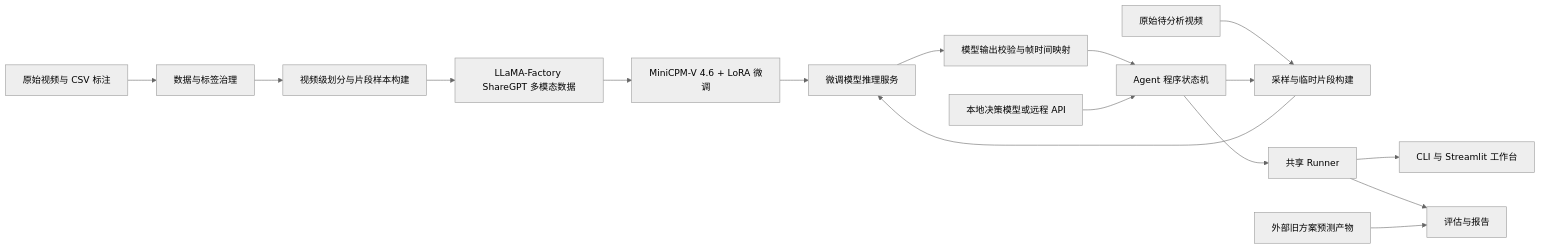
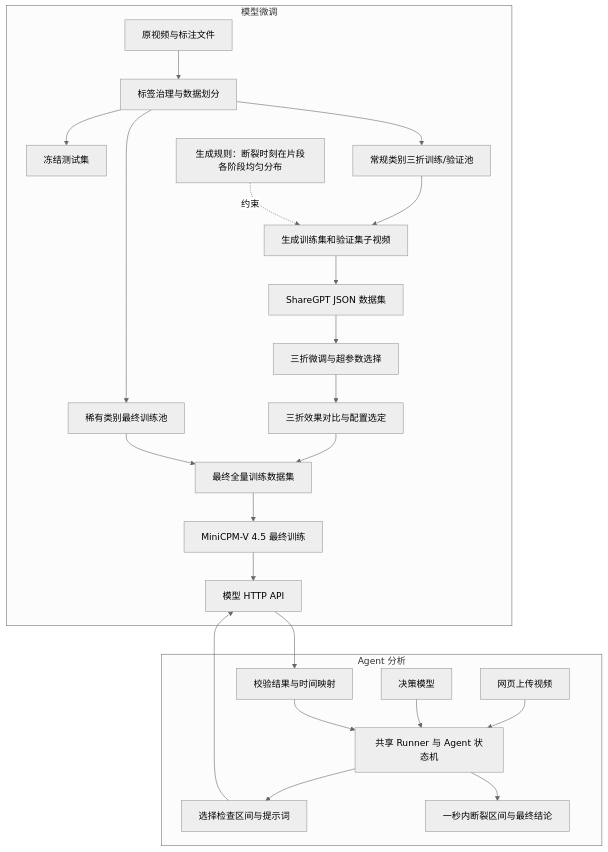
The diagram in docs/PROJECT_PLAN.md (PcOffeeP/mVllm_2), drawn with Mermaid (neutral theme) before and after one commit. The commit also changed other lines of this file and 6 other files, not shown here.

````diff
--- a/docs/PROJECT_PLAN.md
+++ b/docs/PROJECT_PLAN.md
@@ -38,18 +42,28 @@
 ```mermaid
-flowchart LR
-    A["原始视频与 CSV 标注"] --> B["数据与标签治理"]
-    B --> C["视频级划分与片段样本构建"]
-    C --> D["LLaMA-Factory ShareGPT 多模态数据"]
-    D --> E["MiniCPM-V 4.6 + LoRA 微调"]
-    E --> F["微调模型推理服务"]
-    G["原始待分析视频"] --> H["采样与临时片段构建"]
-    H --> F
-    F --> I["模型输出校验与帧时间映射"]
-    I --> J["Agent 程序状态机"]
-    K["本地决策模型或远程 API"] --> J
-    J --> H
-    J --> L["共享 Runner"]
-    L --> M["CLI 与 Streamlit 工作台"]
-    L --> N["评估与报告"]
-    O["外部旧方案预测产物"] --> N
+flowchart TB
+    subgraph FT["模型微调"]
+        A["原视频与标注文件"] --> B["标签治理与数据划分"]
+        B --> C["冻结测试集"]
+        B --> D["常规类别三折训练/验证池"]
+        B --> E["稀有类别最终训练池"]
+        D --> F["生成训练集和验证集子视频"]
+        RULE["生成规则：断裂时刻在片段各阶段均匀分布"] -.约束.-> F
+        F --> H["ShareGPT JSON 数据集"]
+        H --> I["三折微调与超参数选择"]
+        I --> J["三折效果对比与配置选定"]
+        J --> K["最终全量训练数据集"]
+        E --> K
+        K --> L["MiniCPM-V 4.5 最终训练"]
+        L --> M["模型 HTTP API"]
+    end
+
+    subgraph AG["Agent 分析"]
+        N["网页上传视频"] --> O["共享 Runner 与 Agent 状态机"]
+        P["决策模型"] --> O
+        O --> Q["选择检查区间与提示词"]
+        Q --> M
+        M --> R["校验结果与时间映射"]
+        R --> O
+        O --> S["一秒内断裂区间与最终结论"]
+    end
 ```
````
